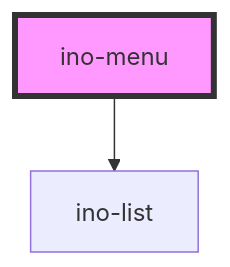
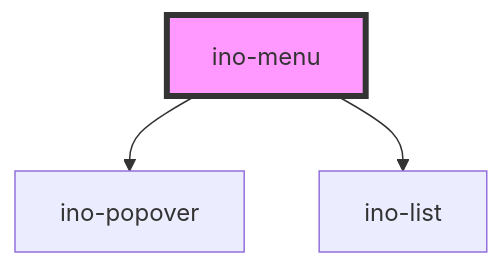
Before and after one commit to inovex/elements: the diagram in packages/elements/src/components/ino-menu/readme.md, drawn with Mermaid. The commit also changed other lines of this file and 3 other files, not shown here.

Commit message:
refactor(elements|ino-menu): use popover instead of mdc-menu

````diff
--- a/packages/elements/src/components/ino-menu/readme.md
+++ b/packages/elements/src/components/ino-menu/readme.md
@@ -117,5 +118,6 @@
 ```mermaid
 graph TD;
+  ino-menu --> ino-popover
   ino-menu --> ino-list
   style ino-menu fill:#f9f,stroke:#333,stroke-width:4px
 ```
````
